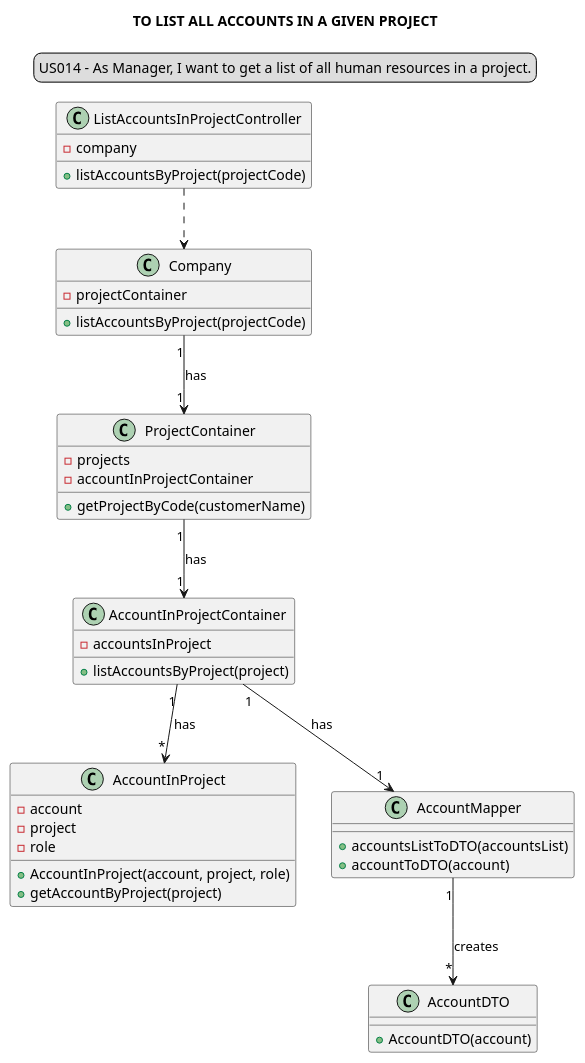
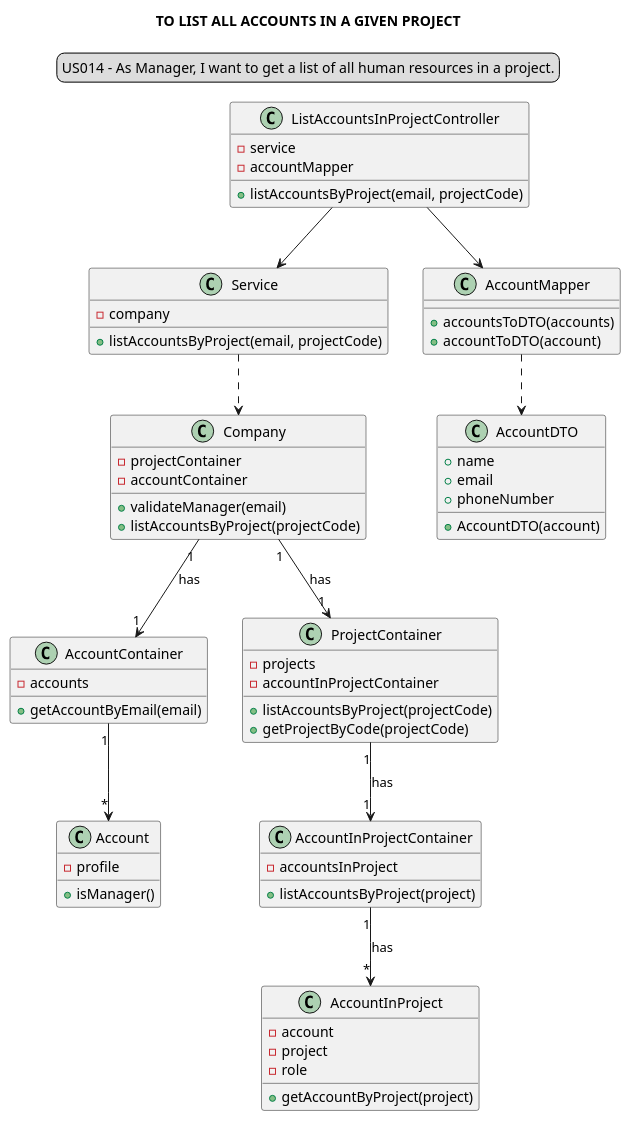
One commit to Loracline/project_switch_22-23 changed the diagram in docs/modelling_design/user_stories/us014/US014_classDiagram.puml. Above: the diagram before and after it, drawn with PlantUML. The commit also changed 5 other files, not shown here.

Commit message:
US002|US014: Design: Refined class and sequence diagrams; US002: Development: Added registerAccount method to class Company, and refined registerAccount method in class RegisterAccountController

```diff
--- a/docs/modelling_design/user_stories/us014/US014_classDiagram.puml
+++ b/docs/modelling_design/user_stories/us014/US014_classDiagram.puml
@@ -1,65 +1,78 @@
 @startuml
 
 skinparam sequenceMessageAlign center
 title TO LIST ALL ACCOUNTS IN A GIVEN PROJECT
 legend top
 US014 - As Manager, I want to get a list of all human resources in a project.
 end legend
 
 class "ListAccountsInProjectController" {
+-service
+-accountMapper
++listAccountsByProject(email, projectCode)
+}
+
+class "Service"{
 -company
-+listAccountsByProject(projectCode)
++listAccountsByProject(email, projectCode)
 }
 
 class "Company"{
 -projectContainer
+-accountContainer
++validateManager(email)
 +listAccountsByProject(projectCode)
+}
 
+class "AccountContainer"{
+-accounts
++getAccountByEmail(email)
 }
+
+class "Account"{
+-profile
++isManager()
+}
+
 class "ProjectContainer"{
 -projects
 -accountInProjectContainer
-+getProjectByCode(customerName)
++listAccountsByProject(projectCode)
++getProjectByCode(projectCode)
 }
 
-/'class "Project"{
--code
--name
--customer
--status
--startDate
--endDate
-+Project(code, name, customer, status, startDate, endDate)
-}'/
 
 class "AccountInProjectContainer"{
 -accountsInProject
 +listAccountsByProject(project)
 }
 
 class "AccountInProject"{
 -account
 -project
 -role
-+AccountInProject(account, project, role)
 +getAccountByProject(project)
 }
 
 class "AccountMapper"{
-+accountsListToDTO(accountsList)
++accountsToDTO(accounts)
 +accountToDTO(account)
 }
 
 class "AccountDTO"{
++name
++email
++phoneNumber
 +AccountDTO(account)
 }
 
-"ListAccountsInProjectController" ..> "Company"
+"ListAccountsInProjectController" --> "Service"
+"ListAccountsInProjectController" --> "AccountMapper"
+"Service" ..> "Company"
 "Company" "1"-->"1" "ProjectContainer": has
-/'"ProjectContainer" "1"-->"*" "Project": has'/
-"ProjectContainer" "1"-->"1" "AccountInProjectContainer": has
-"AccountInProjectContainer" "1"-->"*" "AccountInProject": has
-"AccountInProjectContainer" "1"-->"1" "AccountMapper": has
-"AccountMapper" "1" --> "*" "AccountDTO": creates
-
+"Company" "1"-->"1" "AccountContainer": has
+"AccountContainer" "1" --> "*" "Account"
+"AccountMapper" ..> "AccountDTO"
+"ProjectContainer" "1" --> "1" "AccountInProjectContainer": has
+"AccountInProjectContainer" "1" --> "*" "AccountInProject": has
 @enduml
```
